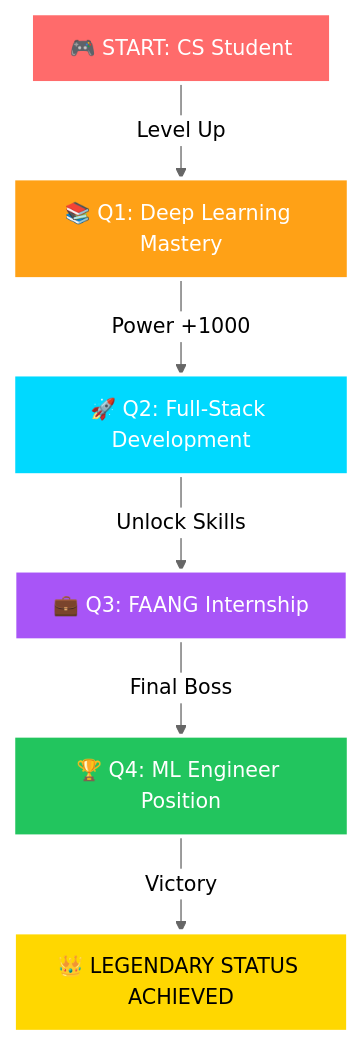
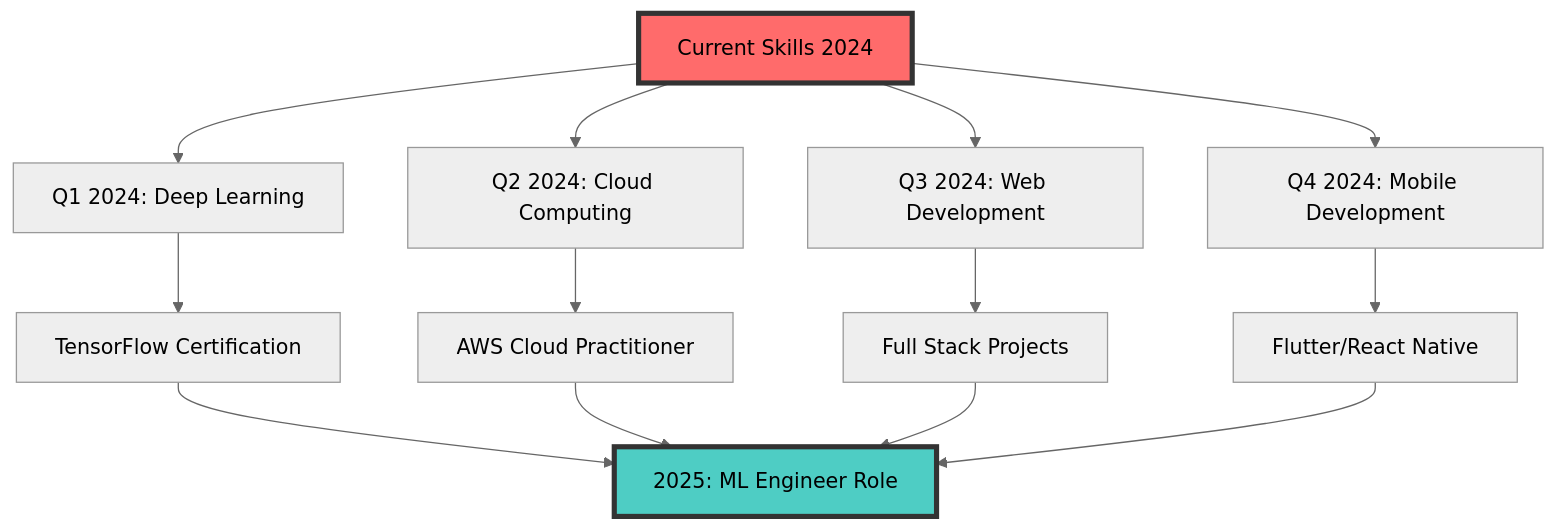
One commit to Mahmoud13MA/Mahmoud13MA changed the diagram in README.md. Above: the diagram before and after it, drawn with Mermaid (neutral theme). The commit also changed other lines of this file, not shown here.

````diff
--- a/README.md
+++ b/README.md
@@ -247,15 +421,20 @@
 ```mermaid
 graph TB
-    A[🎮 START: CS Student] -->|Level Up| B[📚 Q1: Deep Learning Mastery]
-    B -->|Power +1000| C[🚀 Q2: Full-Stack Development]
-    C -->|Unlock Skills| D[💼 Q3: FAANG Internship]
-    D -->|Final Boss| E[🏆 Q4: ML Engineer Position]
-    E -->|Victory| F[👑 LEGENDARY STATUS ACHIEVED]
+    A[Current Skills 2024] --> B[Q1 2024: Deep Learning]
+    A --> C[Q2 2024: Cloud Computing]
+    A --> D[Q3 2024: Web Development]
+    A --> E[Q4 2024: Mobile Development]
     
-    style A fill:#ff6b6b,stroke:#fff,stroke-width:3px,color:#fff
-    style B fill:#ffa116,stroke:#fff,stroke-width:3px,color:#fff
-    style C fill:#00d9ff,stroke:#fff,stroke-width:3px,color:#fff
-    style D fill:#a855f7,stroke:#fff,stroke-width:3px,color:#fff
-    style E fill:#22c55e,stroke:#fff,stroke-width:3px,color:#fff
-    style F fill:#ffd700,stroke:#fff,stroke-width:4px,color:#000
+    B --> F[TensorFlow Certification]
+    C --> G[AWS Cloud Practitioner]
+    D --> H[Full Stack Projects]
+    E --> I[Flutter/React Native]
+    
+    F --> J[2025: ML Engineer Role]
+    G --> J
+    H --> J
+    I --> J
+    
+    style A fill:#ff6b6b,stroke:#333,stroke-width:4px
+    style J fill:#4ecdc4,stroke:#333,stroke-width:4px
 ```
````
